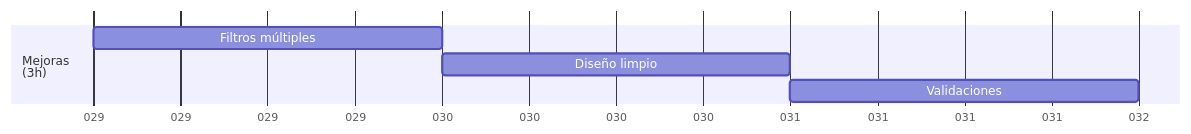
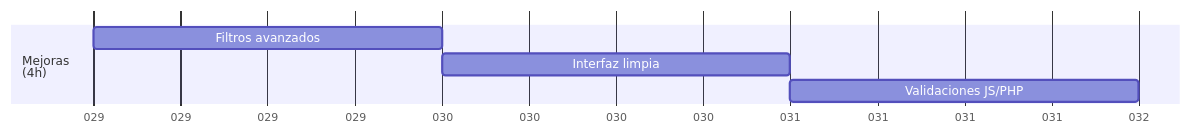
One commit to Covija97/badentracker changed the seventh of 9 diagrams in .md/roadmap.md. Above: the diagram before and after it, drawn with Mermaid. The commit also changed other lines of this file, not shown here.

Commit message:
Refactor roadmap.md to update project planning, database design, and CRUD sections

````diff
--- a/.md/roadmap.md
+++ b/.md/roadmap.md
@@ -108,10 +111,10 @@
 ```mermaid
 gantt
     dateFormat  DDD
     axisFormat %j
 
-    section Mejoras<br>(3h)
-    Filtros múltiples           : 01-29, 1d
-    Diseño limpio               : 01-30, 1d
-    Validaciones                : 01-31, 1d
+    section Mejoras<br>(4h)
+    Filtros avanzados           : 01-29, 1d
+    Interfaz limpia             : 01-30, 1d
+    Validaciones JS/PHP         : 01-31, 1d
 ```
````
